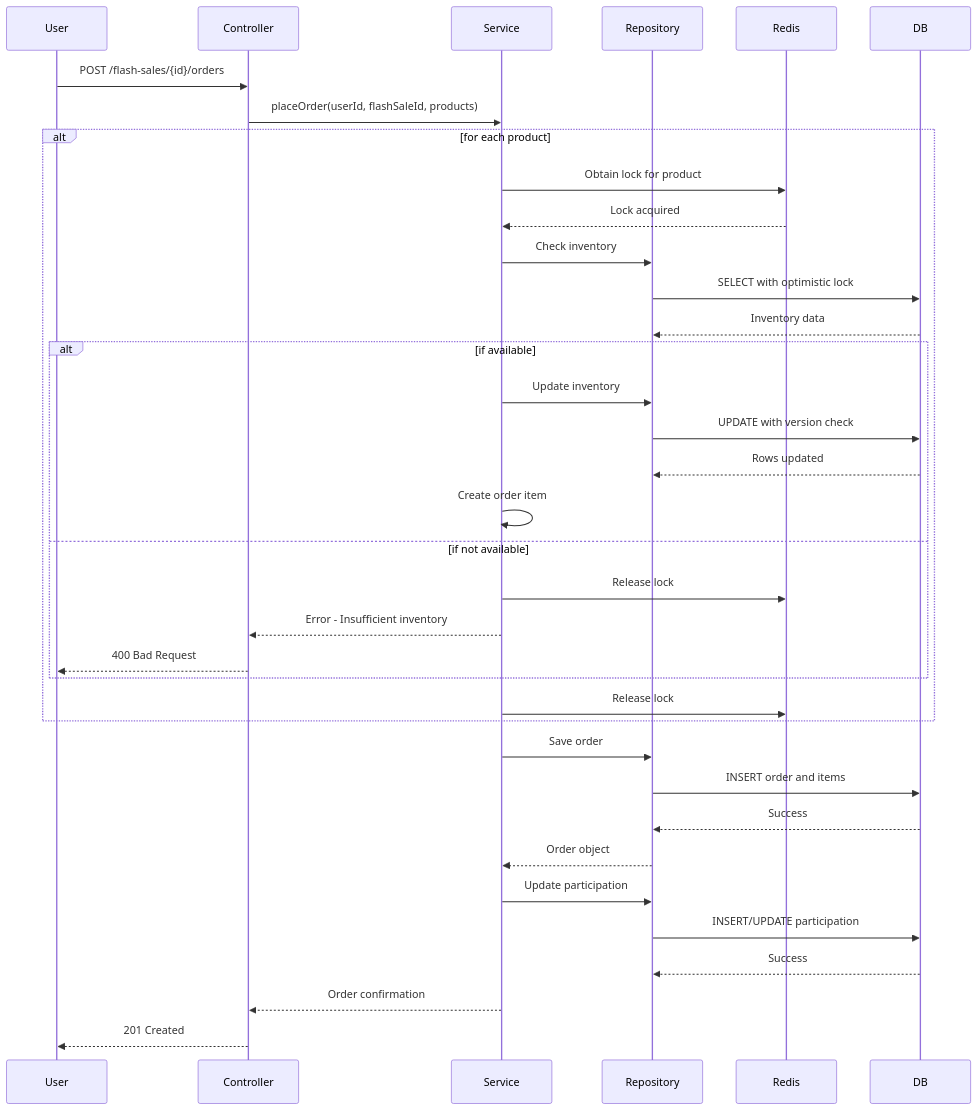
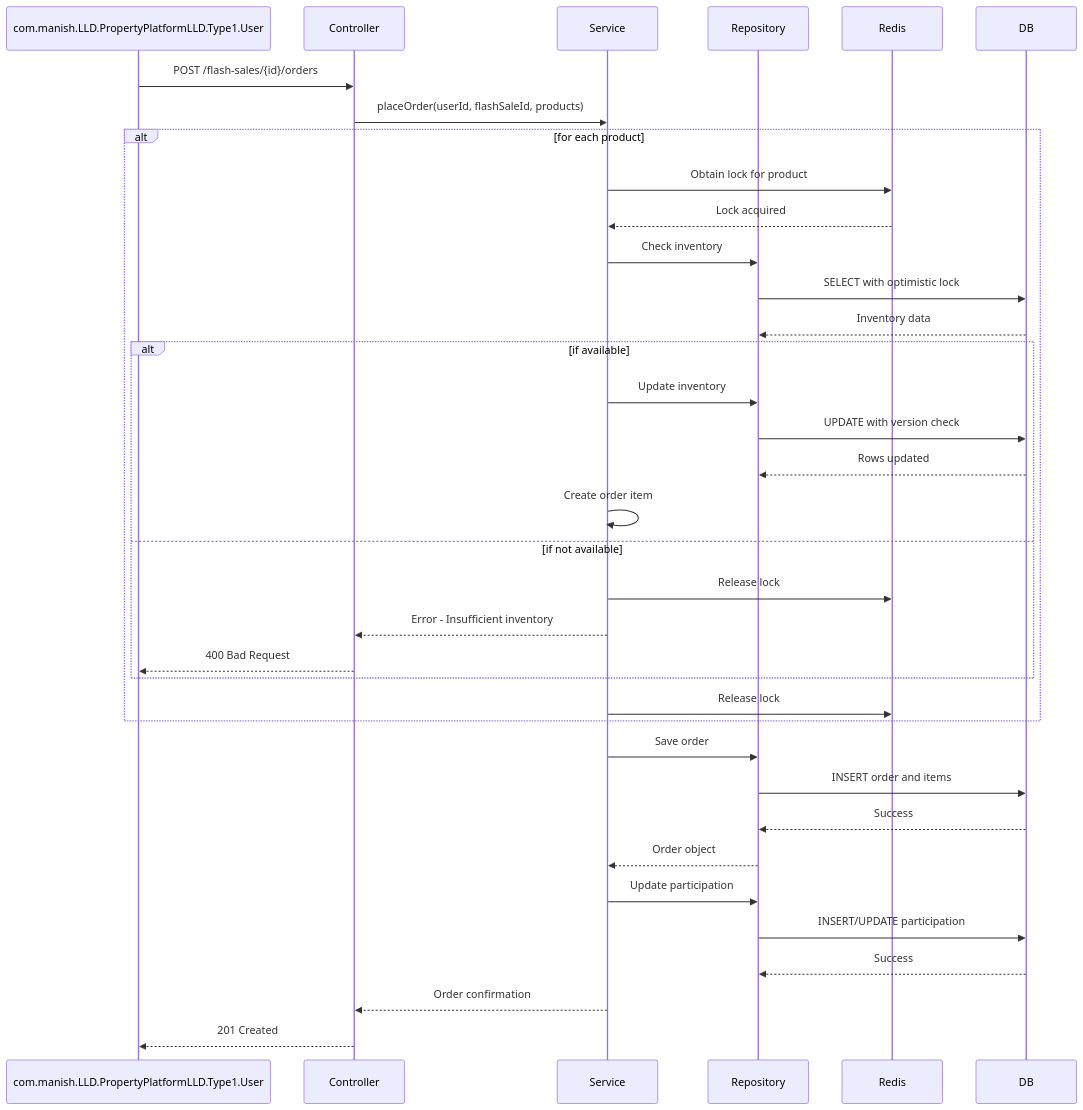
The third of 3 diagrams in src/main/java/com/manish/LLD/FlashSale/Notes.md (manu05X/CS-Fundamentals), drawn with Mermaid before and after one commit. The commit also changed other lines of this file and 90 other files, not shown here.

````diff
--- a/src/main/java/com/manish/LLD/FlashSale/Notes.md
+++ b/src/main/java/com/manish/LLD/FlashSale/Notes.md
@@ -327,41 +327,41 @@
 ```mermaid
 sequenceDiagram
-    participant User
+    participant com.manish.LLD.PropertyPlatformLLD.Type1.User
     participant Controller
     participant Service
     participant Repository
     participant Redis
     participant DB
 
-    User->>Controller: POST /flash-sales/{id}/orders
+    com.manish.LLD.PropertyPlatformLLD.Type1.User->>Controller: POST /flash-sales/{id}/orders
     Controller->>Service: placeOrder(userId, flashSaleId, products)
     
     alt for each product
         Service->>Redis: Obtain lock for product
         Redis-->>Service: Lock acquired
         Service->>Repository: Check inventory
         Repository->>DB: SELECT with optimistic lock
         DB-->>Repository: Inventory data
         alt if available
             Service->>Repository: Update inventory
             Repository->>DB: UPDATE with version check
             DB-->>Repository: Rows updated
             Service->>Service: Create order item
         else if not available
             Service->>Redis: Release lock
             Service-->>Controller: Error - Insufficient inventory
-            Controller-->>User: 400 Bad Request
+            Controller-->>com.manish.LLD.PropertyPlatformLLD.Type1.User: 400 Bad Request
         end
         Service->>Redis: Release lock
     end
     
     Service->>Repository: Save order
     Repository->>DB: INSERT order and items
     DB-->>Repository: Success
     Repository-->>Service: Order object
     Service->>Repository: Update participation
     Repository->>DB: INSERT/UPDATE participation
     DB-->>Repository: Success
     Service-->>Controller: Order confirmation
-    Controller-->>User: 201 Created
+    Controller-->>com.manish.LLD.PropertyPlatformLLD.Type1.User: 201 Created
 ```
````
